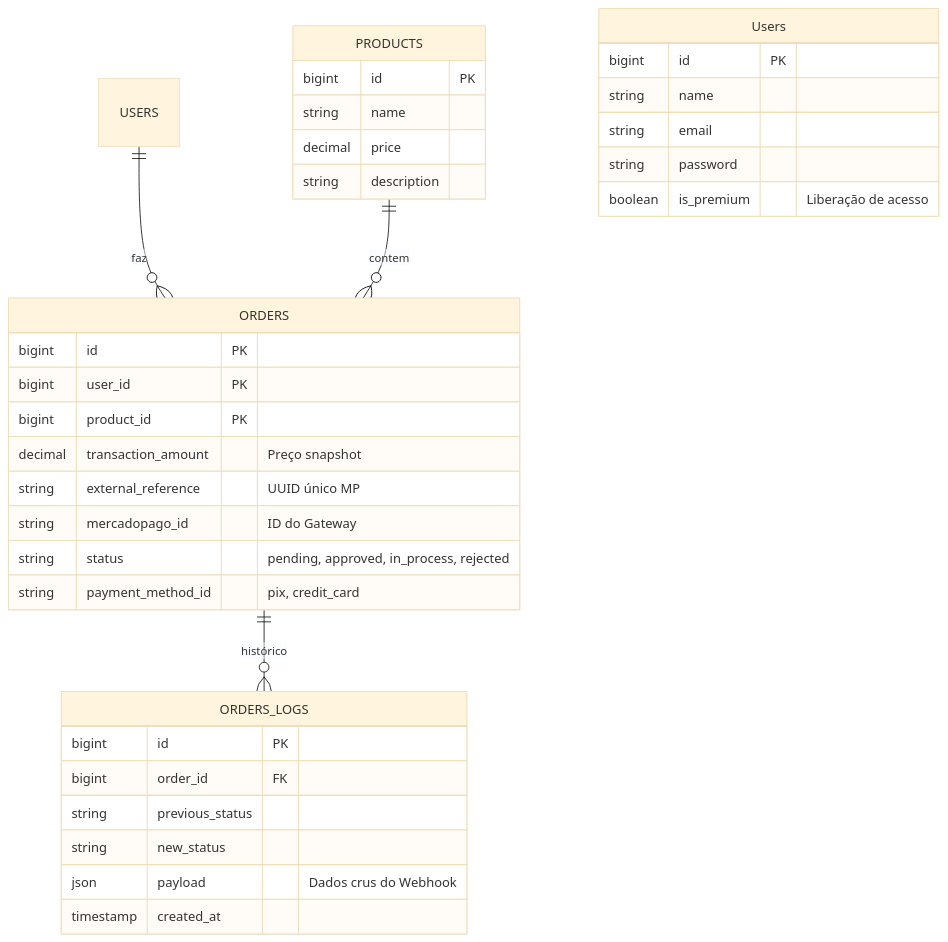
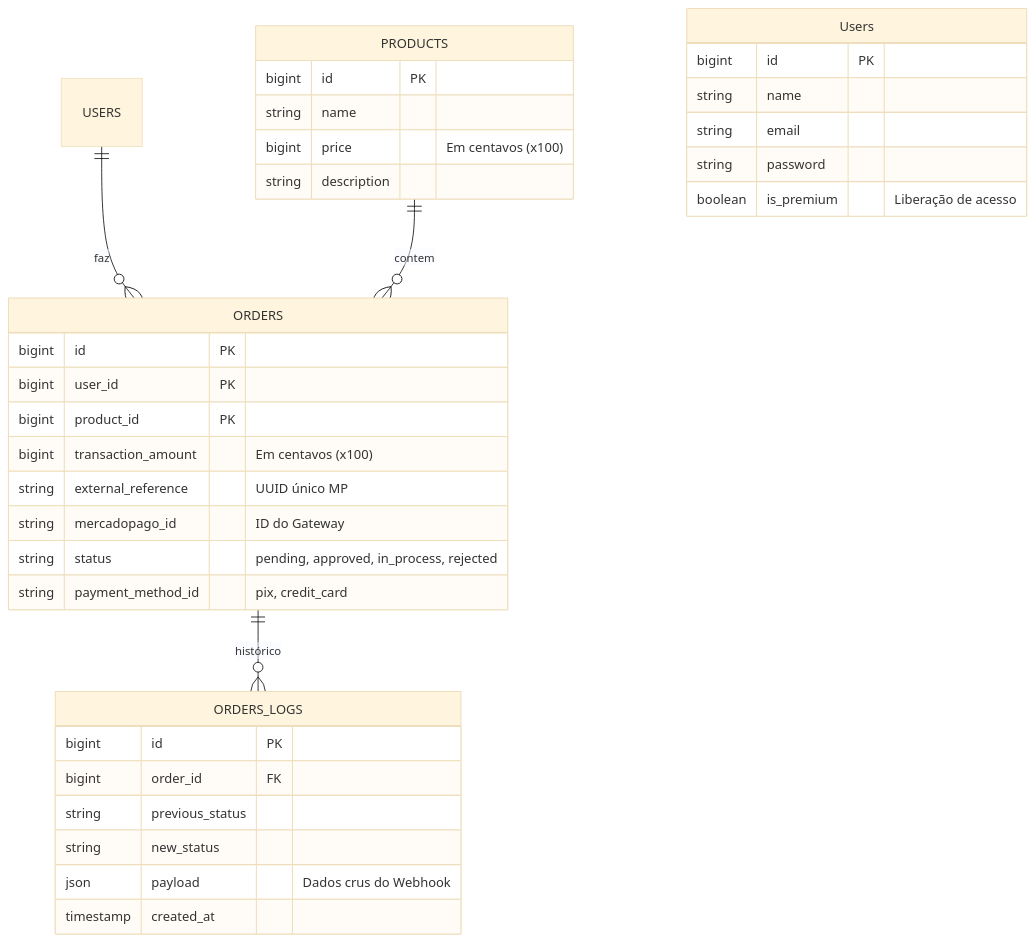
Before and after one commit to joaolucassilva/mercado_pago_checkout: the first of 3 diagrams in docs/SYSTEM_DESIGN.md, drawn with Mermaid (base theme). The commit also changed 14 other files, not shown here.

````diff
--- a/docs/SYSTEM_DESIGN.md
+++ b/docs/SYSTEM_DESIGN.md
@@ -18,41 +18,41 @@
 ```mermaid
 erDiagram
     USERS ||--o{ ORDERS: "faz"
     PRODUCTS ||--o{ ORDERS: "contem"
     ORDERS ||--o{ ORDERS_LOGS: "histórico"
     
     Users {
         bigint id PK
         string name
         string email
         string password
         boolean is_premium "Liberação de acesso"
     }
 
     PRODUCTS {
         bigint id PK
         string name
-        decimal price
+        bigint price "Em centavos (x100)"
         string description
     }
 
     ORDERS {
         bigint id PK
         bigint user_id PK
         bigint product_id PK
-        decimal transaction_amount "Preço snapshot"
+        bigint transaction_amount "Em centavos (x100)"
         string external_reference "UUID único MP"
         string mercadopago_id "ID do Gateway"
         string status "pending, approved, in_process, rejected"
         string payment_method_id "pix, credit_card"
     }
 
     ORDERS_LOGS {
         bigint id PK
         bigint order_id FK
         string previous_status
         string new_status
         json payload "Dados crus do Webhook"
         timestamp created_at
     }
 ```
````
